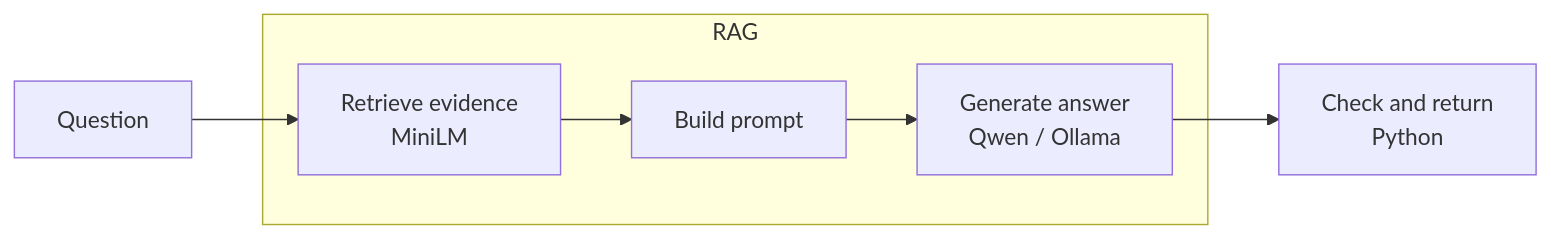
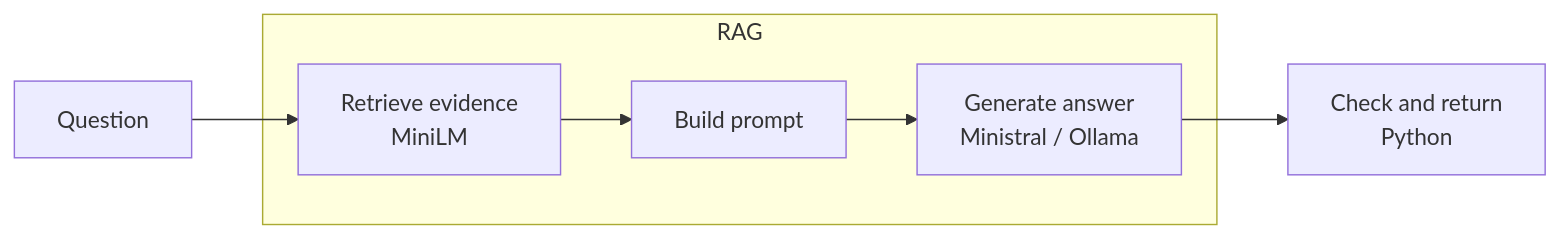
The second of 2 diagrams in README.md (Kongstad/planetary-scanner), drawn with Mermaid before and after one commit. The commit also changed other lines of this file and 5 other files, not shown here.

Commit message:
Replace Qwen with Ministral 3 for local answers

````diff
--- a/README.md
+++ b/README.md
@@ -86,13 +86,13 @@
 ```mermaid
 flowchart LR
     Question[Question] --> Retrieve
 
     subgraph RAG[RAG]
         Retrieve[Retrieve evidence<br/>MiniLM]
         Prompt[Build prompt]
-        Generate[Generate answer<br/>Qwen / Ollama]
+        Generate[Generate answer<br/>Ministral / Ollama]
         Retrieve --> Prompt --> Generate
     end
 
     Generate --> Check[Check and return<br/>Python]
 ```
````
